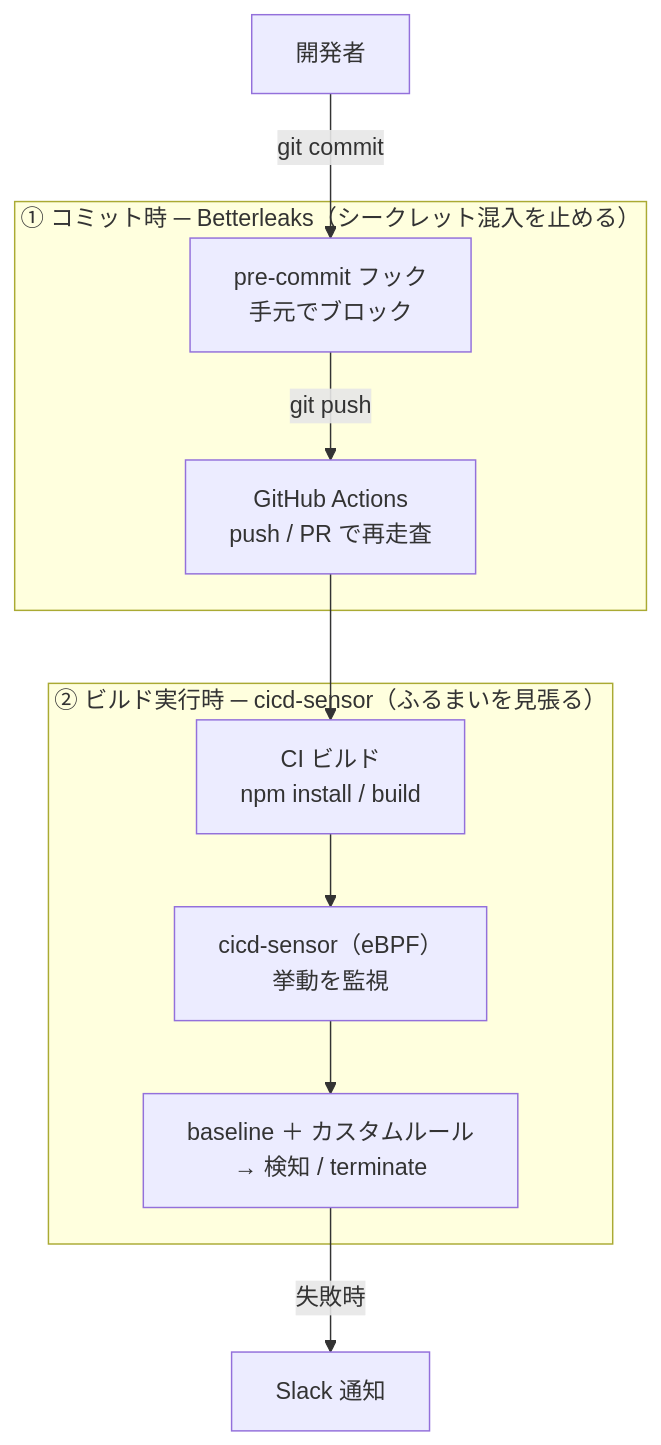
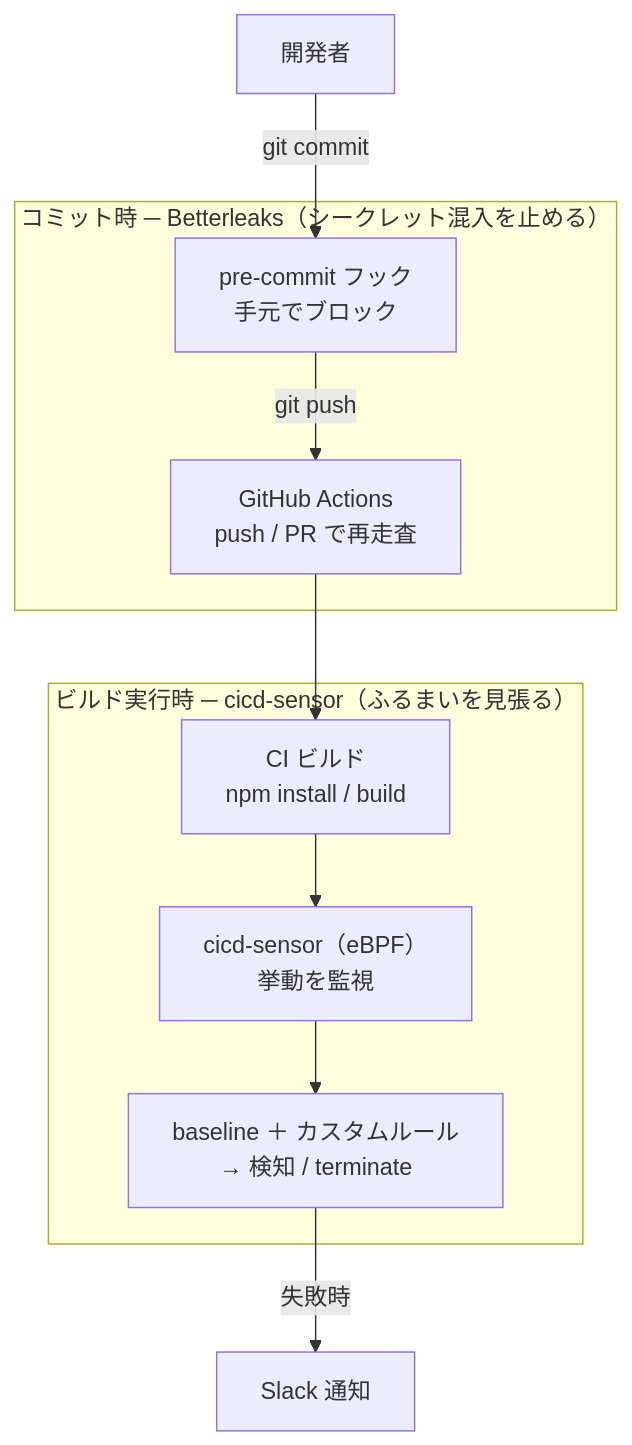
Before and after one commit to shumatsumonobu/supply-chain-canary: the first of 2 diagrams in README.md, drawn with Mermaid. The commit also changed other lines of this file, not shown here.

````diff
--- a/README.md
+++ b/README.md
@@ -29,14 +29,14 @@
 ```mermaid
 flowchart TB
     Dev[開発者]
-    subgraph L1["① コミット時 ─ Betterleaks（シークレット混入を止める）"]
+    subgraph L1["コミット時 ─ Betterleaks（シークレット混入を止める）"]
         Hook[pre-commit フック<br/>手元でブロック] -->|git push| Scan[GitHub Actions<br/>push / PR で再走査]
     end
-    subgraph L2["② ビルド実行時 ─ cicd-sensor（ふるまいを見張る）"]
+    subgraph L2["ビルド実行時 ─ cicd-sensor（ふるまいを見張る）"]
         Build[CI ビルド<br/>npm install / build] --> Sensor[cicd-sensor（eBPF）<br/>挙動を監視]
         Sensor --> Rules[baseline ＋ カスタムルール<br/>→ 検知 / terminate]
     end
     Dev -->|git commit| Hook
     Scan --> Build
     Rules -->|失敗時| Slack[Slack 通知]
 ```
````
